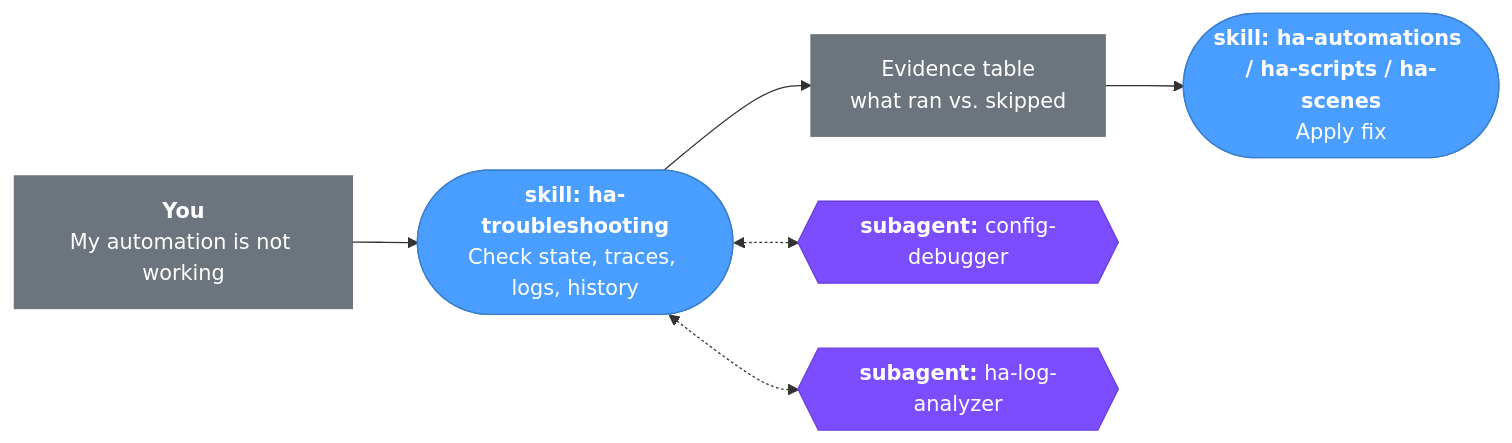
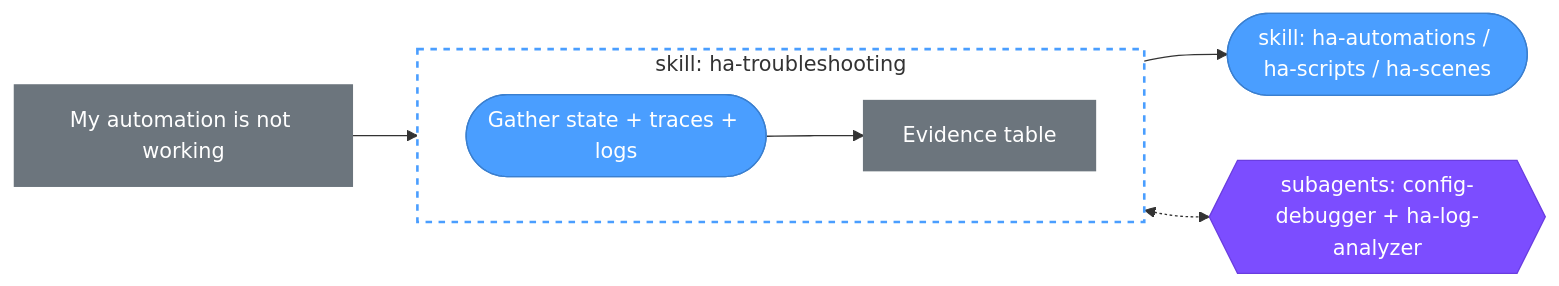
One commit to Benny-Lewis/home-assistant-assistant changed the third of 4 diagrams in README.md. Above: the diagram before and after it, drawn with Mermaid. The commit also changed other lines of this file, not shown here.

First line of the commit message:
docs: replace How It Works diagrams with GitHub-compatible Mermaid

````diff
--- a/README.md
+++ b/README.md
@@ -131,17 +146,20 @@
 ```mermaid
 flowchart LR
-    A["<b>You</b><br/>My automation is not working"] --> B
-    B(["<b>skill: ha-troubleshooting</b><br/>Check state, traces, logs, history"]) --> C
-    C["Evidence table<br/>what ran vs. skipped"] --> D
-    D(["<b>skill: ha-automations / ha-scripts / ha-scenes</b><br/>Apply fix"])
+    A[My automation is not working] --> B
 
-    B <-.-> AG1{{"<b>subagent:</b> config-debugger"}}
-    B <-.-> AG2{{"<b>subagent:</b> ha-log-analyzer"}}
+    subgraph ts [skill: ha-troubleshooting]
+        direction LR
+        B([Gather state + traces + logs]) --> C[Evidence table]
+    end
+
+    C --> D([skill: ha-automations / ha-scripts / ha-scenes])
+
+    B <-.-> AG1{{subagents: config-debugger + ha-log-analyzer}}
 
     style A fill:#6c757d,color:#fff,stroke:#6c757d
     style C fill:#6c757d,color:#fff,stroke:#6c757d
     style B fill:#4a9eff,color:#fff,stroke:#3a7fcf
     style D fill:#4a9eff,color:#fff,stroke:#3a7fcf
+    style ts fill:none,stroke:#4a9eff,stroke-width:2px,stroke-dasharray:5 5
     style AG1 fill:#7c4dff,color:#fff,stroke:#6a3de0
-    style AG2 fill:#7c4dff,color:#fff,stroke:#6a3de0
 ```
````
